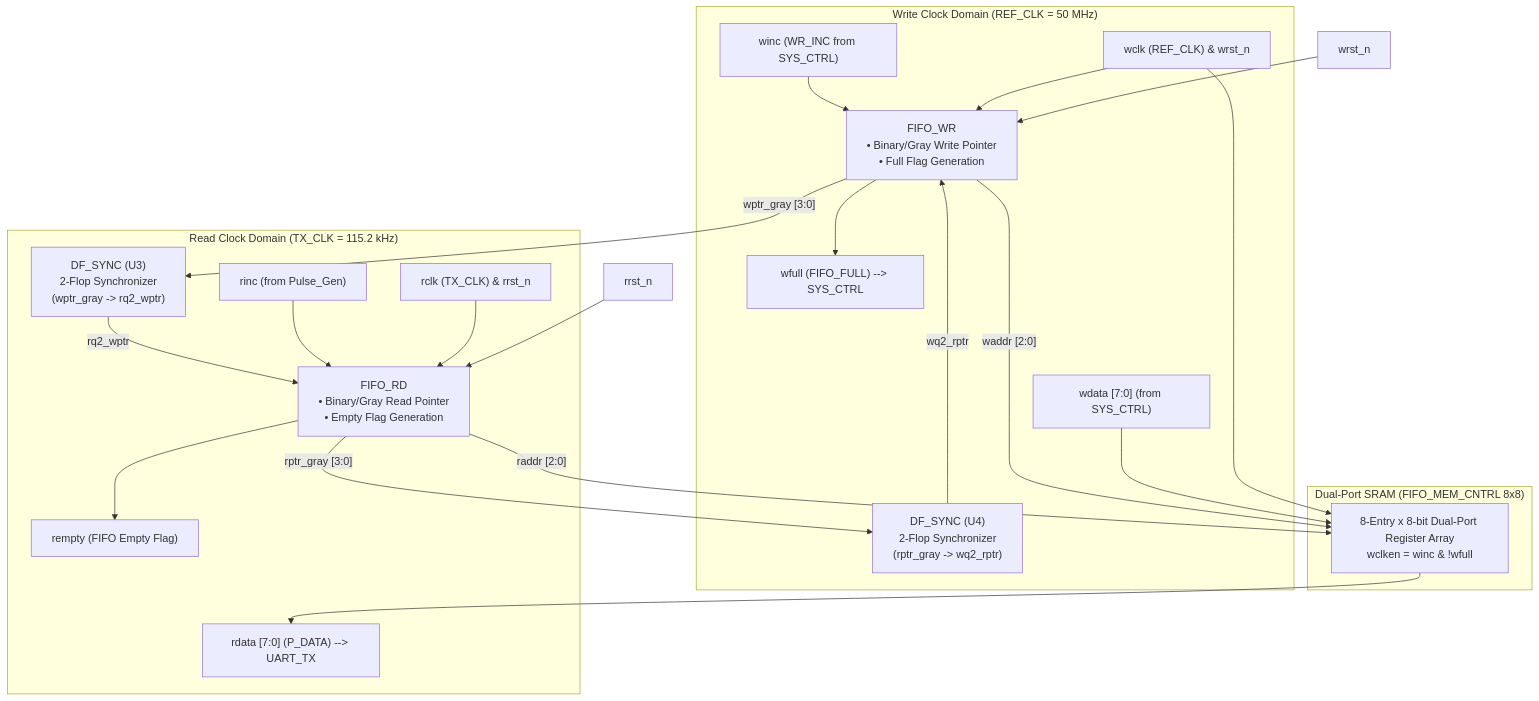
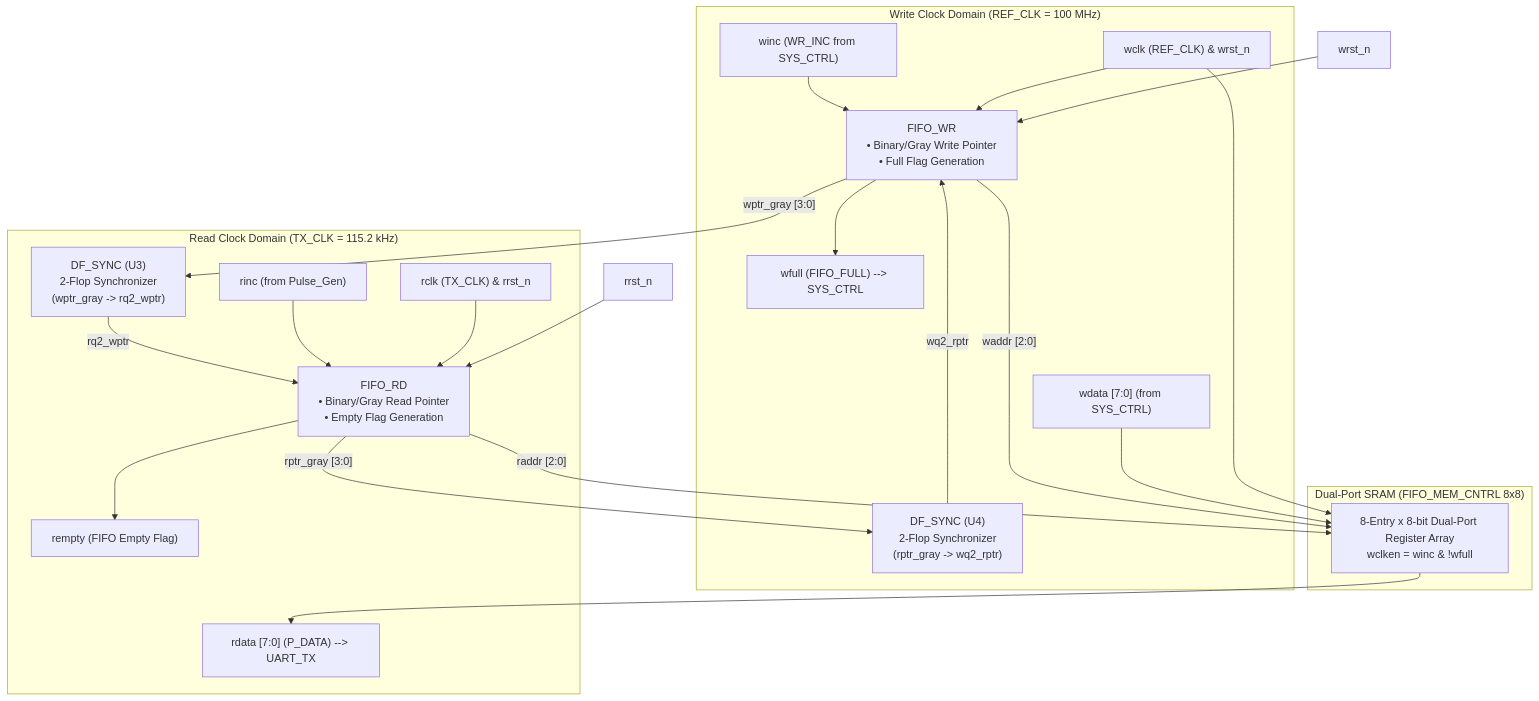
Diagram 11 of 15 in README.md (ahmedbadwy77/Low-Power-Multi-Clock-Digital-Communication-System), drawn with Mermaid before and after one commit. The commit also changed other lines of this file, not shown here.

````diff
--- a/README.md
+++ b/README.md
@@ -555,38 +574,38 @@
 ```mermaid
 flowchart TB
-    subgraph Write_Domain["Write Clock Domain (REF_CLK = 50 MHz)"]
+    subgraph Write_Domain["Write Clock Domain (REF_CLK = 100 MHz)"]
         wdata["wdata [7:0] (from SYS_CTRL)"]
         winc["winc (WR_INC from SYS_CTRL)"]
         wclk["wclk (REF_CLK) & wrst_n"]
         FIFO_WR["FIFO_WR<br/>• Binary/Gray Write Pointer<br/>• Full Flag Generation"]
         SYNC_R2W["DF_SYNC (U4)<br/>2-Flop Synchronizer<br/>(rptr_gray -> wq2_rptr)"]
         wfull["wfull (FIFO_FULL) --> SYS_CTRL"]
     end
 
     subgraph Dual_Port_RAM["Dual-Port SRAM (FIFO_MEM_CNTRL 8x8)"]
         MEM_CORE["8-Entry x 8-bit Dual-Port Register Array<br/>wclken = winc & !wfull"]
     end
 
     subgraph Read_Domain["Read Clock Domain (TX_CLK = 115.2 kHz)"]
         rinc["rinc (from Pulse_Gen)"]
         rclk["rclk (TX_CLK) & rrst_n"]
         FIFO_RD["FIFO_RD<br/>• Binary/Gray Read Pointer<br/>• Empty Flag Generation"]
         SYNC_W2R["DF_SYNC (U3)<br/>2-Flop Synchronizer<br/>(wptr_gray -> rq2_wptr)"]
         rempty["rempty (FIFO Empty Flag)"]
         rdata["rdata [7:0] (P_DATA) --> UART_TX"]
     end
 
     winc & wclk & wrst_n --> FIFO_WR
     FIFO_WR --> wfull
     FIFO_WR -- "waddr [2:0]" --> MEM_CORE
     wdata & wclk --> MEM_CORE
     FIFO_WR -- "wptr_gray [3:0]" --> SYNC_W2R
     SYNC_W2R -- "rq2_wptr" --> FIFO_RD
 
     rinc & rclk & rrst_n --> FIFO_RD
     FIFO_RD --> rempty
     FIFO_RD -- "raddr [2:0]" --> MEM_CORE
     MEM_CORE --> rdata
     FIFO_RD -- "rptr_gray [3:0]" --> SYNC_R2W
     SYNC_R2W -- "wq2_rptr" --> FIFO_WR
 ```
````
